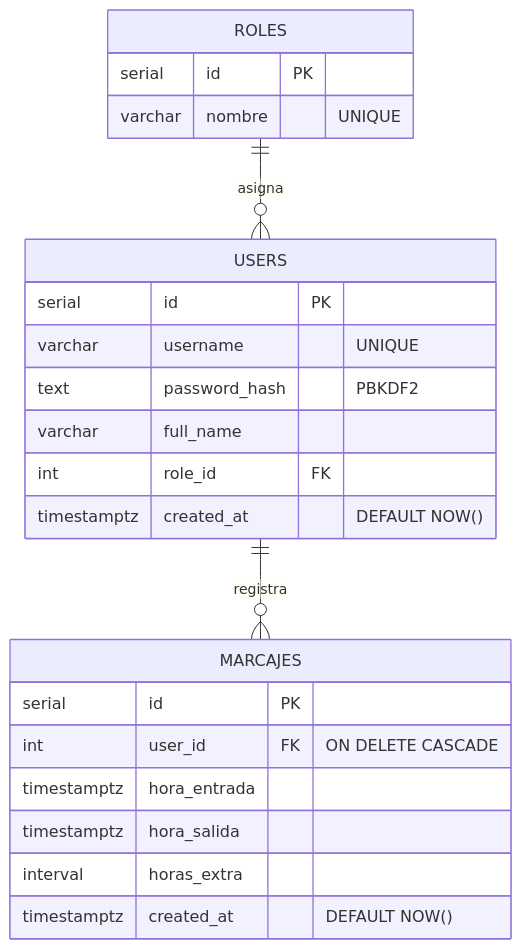
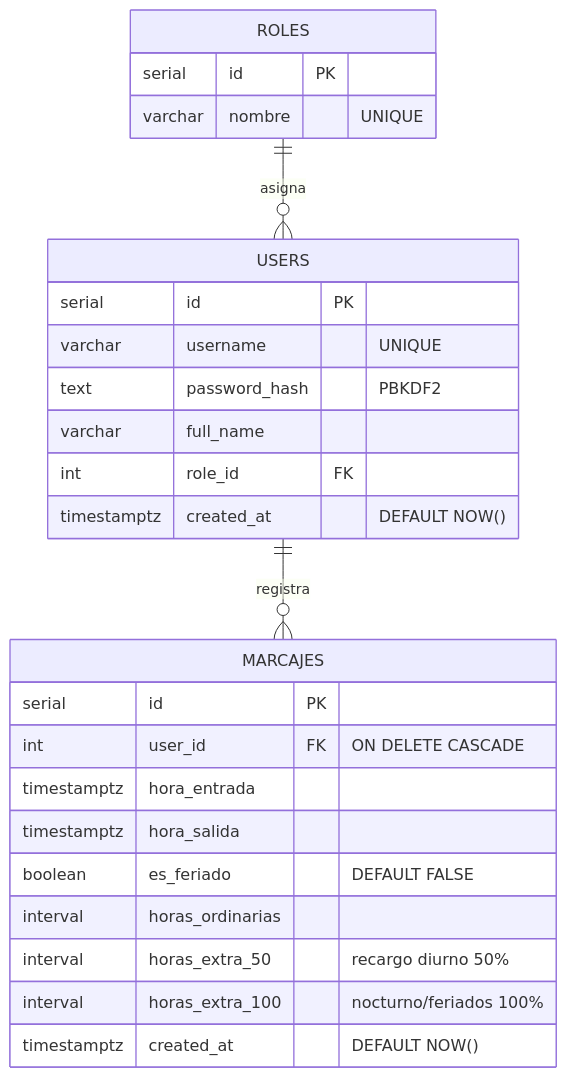
One commit to nandres/sistema-marcacion-empresarial changed the diagram in Sistema de Marcacion/Módulo de Gestión de Usuarios.md. Above: the diagram before and after it, drawn with Mermaid. The commit also changed other lines of this file and 11 other files, not shown here.

````diff
--- a/Sistema de Marcacion/Módulo de Gestión de Usuarios.md
+++ b/Sistema de Marcacion/Módulo de Gestión de Usuarios.md
@@ -7,28 +7,31 @@
 ```mermaid
 erDiagram
     ROLES ||--o{ USERS : "asigna"
     USERS ||--o{ MARCAJES : "registra"
 
     ROLES {
         serial id PK
         varchar nombre "UNIQUE"
     }
 
     USERS {
         serial id PK
         varchar username "UNIQUE"
         text password_hash "PBKDF2"
         varchar full_name
         int role_id FK
         timestamptz created_at "DEFAULT NOW()"
     }
 
     MARCAJES {
         serial id PK
         int user_id FK "ON DELETE CASCADE"
         timestamptz hora_entrada
         timestamptz hora_salida
-        interval horas_extra
+        boolean es_feriado "DEFAULT FALSE"
+        interval horas_ordinarias
+        interval horas_extra_50 "recargo diurno 50%"
+        interval horas_extra_100 "nocturno/feriados 100%"
         timestamptz created_at "DEFAULT NOW()"
     }
 ```
````
